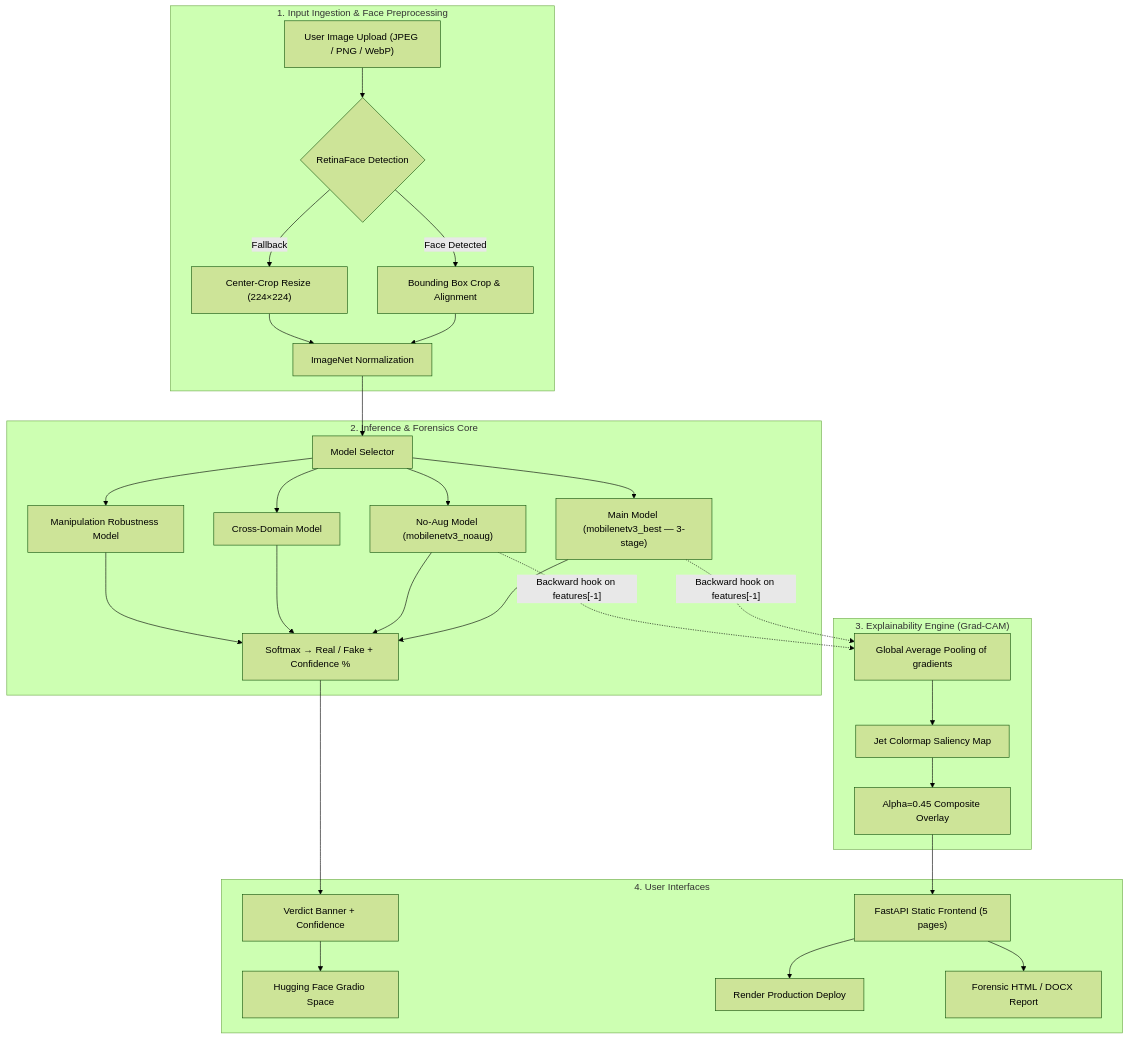
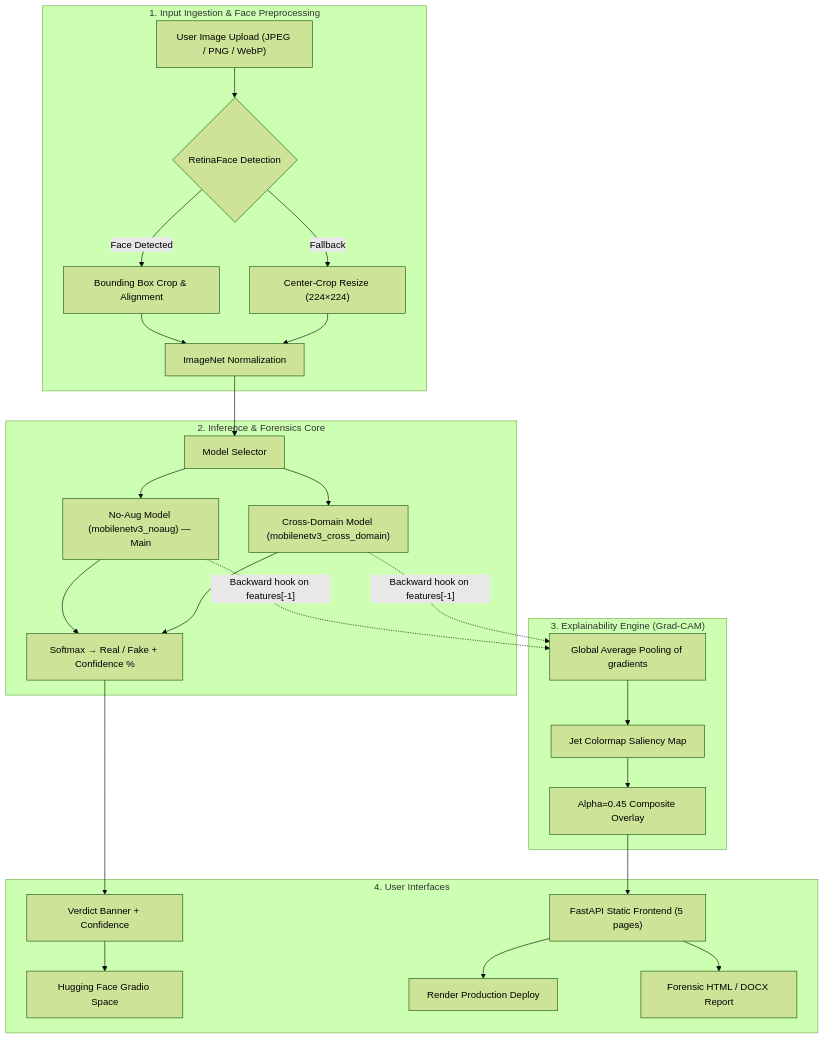
The diagram in doc/Milestone-6/Milestone6-Report.md (Vishakharoy1/Group-11-DS-and-AI-Lab-Project), drawn with Mermaid (forest theme) before and after one commit. The commit also changed other lines of this file and 16 other files, not shown here.

````diff
--- a/doc/Milestone-6/Milestone6-Report.md
+++ b/doc/Milestone-6/Milestone6-Report.md
@@ -49,32 +50,30 @@
 ```mermaid
 flowchart TB
     subgraph Ingestion ["1. Input Ingestion & Face Preprocessing"]
         A["User Image Upload (JPEG / PNG / WebP)"] --> B{"RetinaFace Detection"}
         B -- "Face Detected" --> C["Bounding Box Crop & Alignment"]
         B -- "Fallback" --> D["Center-Crop Resize (224×224)"]
         C & D --> E["ImageNet Normalization"]
     end
 
     subgraph Engine ["2. Inference & Forensics Core"]
         E --> F["Model Selector"]
-        F --> M1["Main Model (mobilenetv3_best — 3-stage)"]
-        F --> M2["No-Aug Model (mobilenetv3_noaug)"]
-        F --> M3["Cross-Domain Model"]
-        F --> M4["Manipulation Robustness Model"]
-        M1 & M2 & M3 & M4 --> Logits["Softmax → Real / Fake + Confidence %"]
+        F --> M2["No-Aug Model (mobilenetv3_noaug) — Main"]
+        F --> M3["Cross-Domain Model (mobilenetv3_cross_domain)"]
+        M2 & M3 --> Logits["Softmax → Real / Fake + Confidence %"]
     end
 
     subgraph XAI ["3. Explainability Engine (Grad-CAM)"]
-        M1 & M2 -. "Backward hook on features[-1]" .-> GAP["Global Average Pooling of gradients"]
+        M2 & M3 -. "Backward hook on features[-1]" .-> GAP["Global Average Pooling of gradients"]
         GAP --> Heatmap["Jet Colormap Saliency Map"]
         Heatmap --> Overlay["Alpha=0.45 Composite Overlay"]
     end
 
     subgraph UI ["4. User Interfaces"]
         Logits --> Verdict["Verdict Banner + Confidence"]
         Overlay --> WebUI["FastAPI Static Frontend (5 pages)"]
         Verdict --> GradioUI["Hugging Face Gradio Space"]
         WebUI --> RenderUI["Render Production Deploy"]
         WebUI --> Report["Forensic HTML / DOCX Report"]
     end
 ```
````
